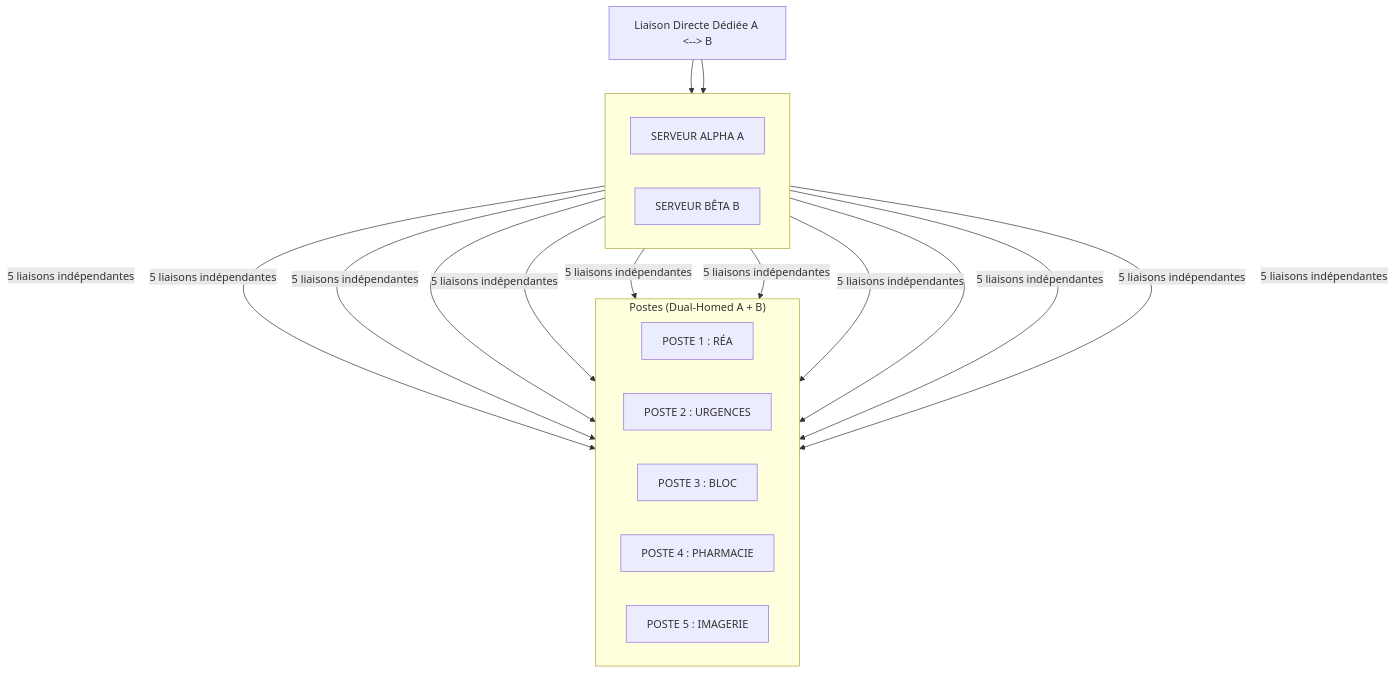
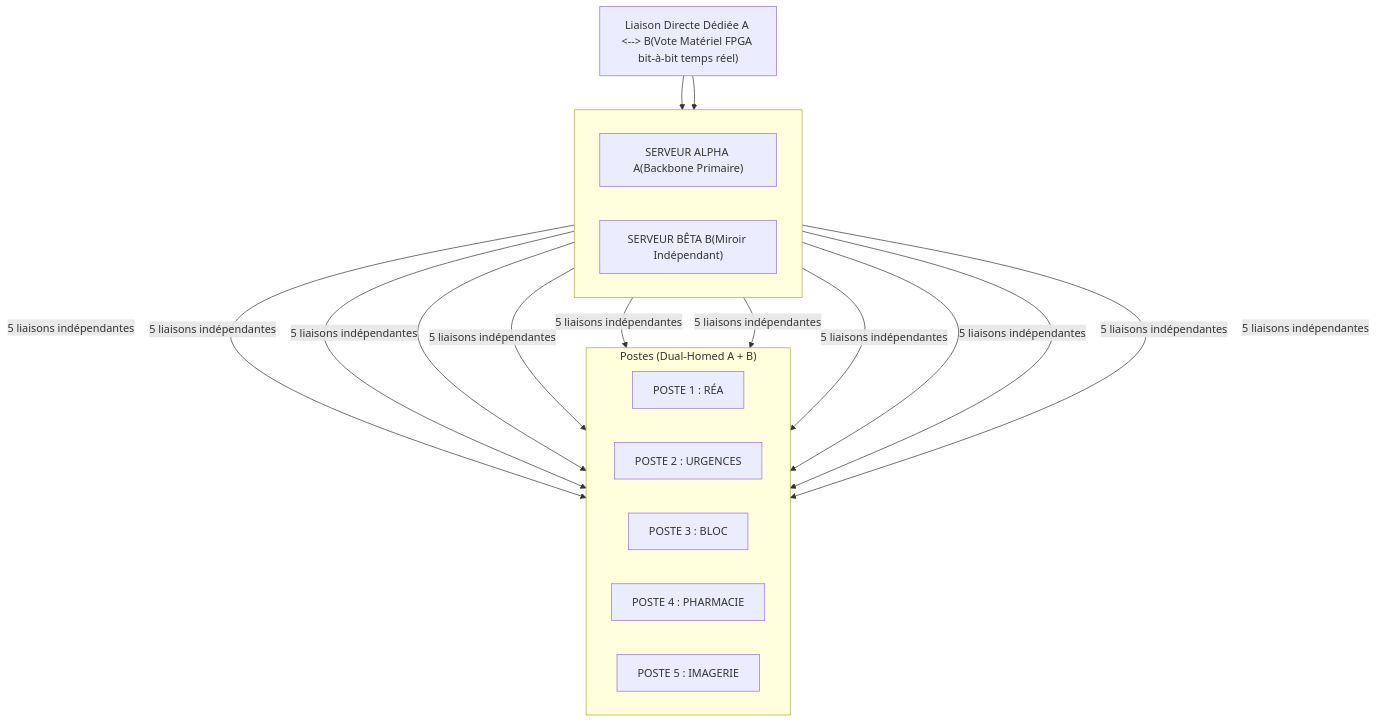
The first of 3 diagrams in Livre_Blanc_Octet_Econome_Complet.md (tedehur/Livre_Blanc_Octet_Econome_Complet.md), drawn with Mermaid before and after one commit.

Commit message:
Fix formatting in redundancy diagram description

````diff
--- a/Livre_Blanc_Octet_Econome_Complet.md
+++ b/Livre_Blanc_Octet_Econome_Complet.md
@@ -23,33 +23,33 @@
 ```mermaid
 flowchart TB
-    LD["Liaison Directe Dédiée A <--> B<br(Vote Matériel FPGA bit-à-bit temps réel)"]
+    LD["Liaison Directe Dédiée A <--> B(Vote Matériel FPGA bit-à-bit temps réel)"]
 
     subgraph infra[" "]
         direction LR
-        A["SERVEUR ALPHA A<br(Backbone Primaire)"]
-        B["SERVEUR BÊTA B<br(Miroir Indépendant)"]
+        A["SERVEUR ALPHA A(Backbone Primaire)"]
+        B["SERVEUR BÊTA B(Miroir Indépendant)"]
     end
 
     LD --> A
     LD --> B
 
     subgraph postes["Postes (Dual-Homed A + B)"]
         direction LR
         P1["POSTE 1 : RÉA"]
         P2["POSTE 2 : URGENCES"]
         P3["POSTE 3 : BLOC"]
         P4["POSTE 4 : PHARMACIE"]
         P5["POSTE 5 : IMAGERIE"]
     end
 
     A -->|5 liaisons indépendantes| P1
     B -->|5 liaisons indépendantes| P1
     A -->|5 liaisons indépendantes| P2
     B -->|5 liaisons indépendantes| P2
     A -->|5 liaisons indépendantes| P3
     B -->|5 liaisons indépendantes| P3
     A -->|5 liaisons indépendantes| P4
     B -->|5 liaisons indépendantes| P4
     A -->|5 liaisons indépendantes| P5
     B -->|5 liaisons indépendantes| P5
 ```
````
